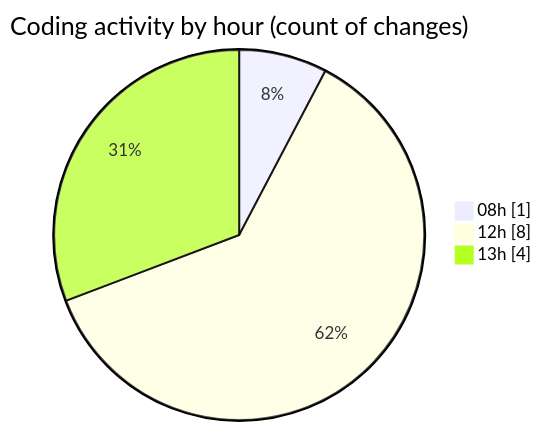
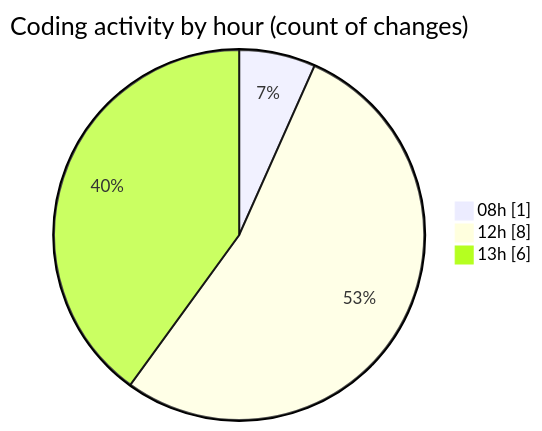
One commit to ricardozamudiocil/code-tracking changed the second of 2 diagrams in 2026-05-26/cilapp/README.md. Above: the diagram before and after it, drawn with Mermaid. The commit also changed other lines of this file and 1 other file, not shown here.

````diff
--- a/2026-05-26/cilapp/README.md
+++ b/2026-05-26/cilapp/README.md
@@ -28,7 +28,7 @@
 ```mermaid
 pie showData
 title Coding activity by hour (count of changes)
 "08h" : 1
 "12h" : 8
-"13h" : 4
+"13h" : 6
 ```
````
